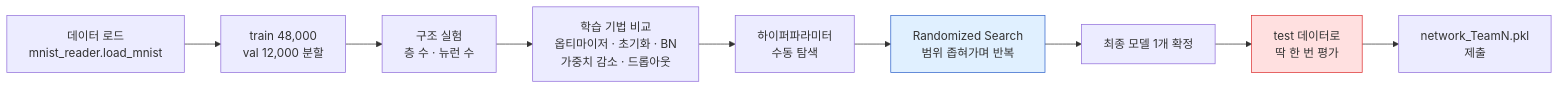
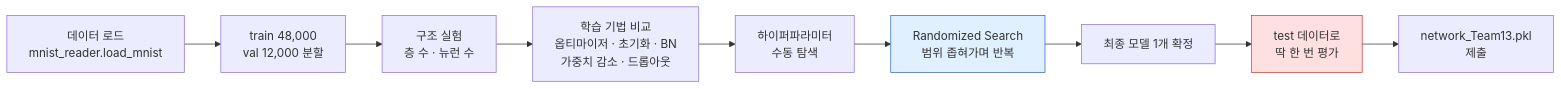
Before and after one commit to applelog/fashion-mnist-optimization-team-project: the first of 5 diagrams in README.md, drawn with Mermaid. The commit also changed other lines of this file and 35 other files, not shown here.

````diff
--- a/README.md
+++ b/README.md
@@ -65,14 +66,14 @@
 ```mermaid
 flowchart LR
     A["데이터 로드<br/>mnist_reader.load_mnist"] --> B["train 48,000<br/>val 12,000 분할"]
     B --> C["구조 실험<br/>층 수 · 뉴런 수"]
     C --> D["학습 기법 비교<br/>옵티마이저 · 초기화 · BN<br/>가중치 감소 · 드롭아웃"]
     D --> E["하이퍼파라미터<br/>수동 탐색"]
     E --> F["Randomized Search<br/>범위 좁혀가며 반복"]
     F --> G["최종 모델 1개 확정"]
     G --> H["test 데이터로<br/>딱 한 번 평가"]
-    H --> I["network_TeamN.pkl<br/>제출"]
+    H --> I["network_Team13.pkl<br/>제출"]
 
     style H fill:#ffe0e0,stroke:#d33
     style F fill:#e0f0ff,stroke:#36c
 ```
````
